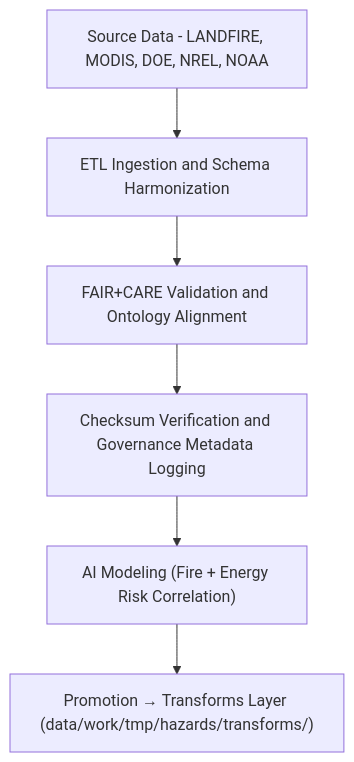
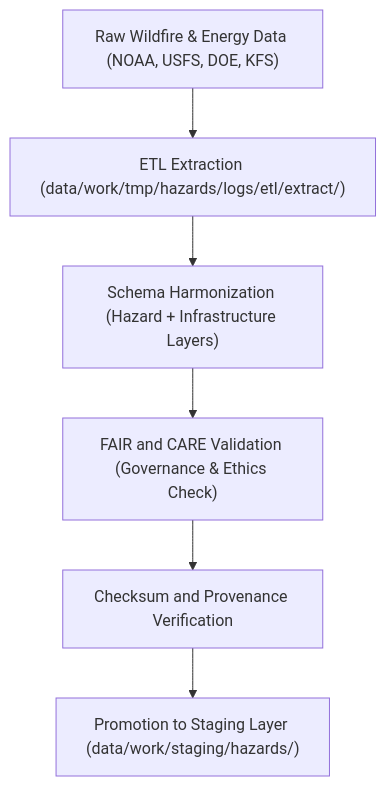
One commit to bartytime4life/Kansas-Frontier-Matrix changed the diagram in data/work/tmp/hazards/datasets/wildfire_energy/README.md. Above: the diagram before and after it, drawn with Mermaid. The commit also changed other lines of this file, not shown here.

````diff
--- a/data/work/tmp/hazards/datasets/wildfire_energy/README.md
+++ b/data/work/tmp/hazards/datasets/wildfire_energy/README.md
@@ -70,8 +70,8 @@
 ```mermaid
 flowchart TD
-    A["Source Data - LANDFIRE, MODIS, DOE, NREL, NOAA"] --> B["ETL Ingestion and Schema Harmonization"]
-    B --> C["FAIR+CARE Validation and Ontology Alignment"]
-    C --> D["Checksum Verification and Governance Metadata Logging"]
-    D --> E["AI Modeling (Fire + Energy Risk Correlation)"]
-    E --> F["Promotion → Transforms Layer (data/work/tmp/hazards/transforms/)"]
+    A["Raw Wildfire & Energy Data (NOAA, USFS, DOE, KFS)"] --> B["ETL Extraction (data/work/tmp/hazards/logs/etl/extract/)"]
+    B --> C["Schema Harmonization (Hazard + Infrastructure Layers)"]
+    C --> D["FAIR and CARE Validation (Governance & Ethics Check)"]
+    D --> E["Checksum and Provenance Verification"]
+    E --> F["Promotion to Staging Layer (data/work/staging/hazards/)"]
 ```
````
